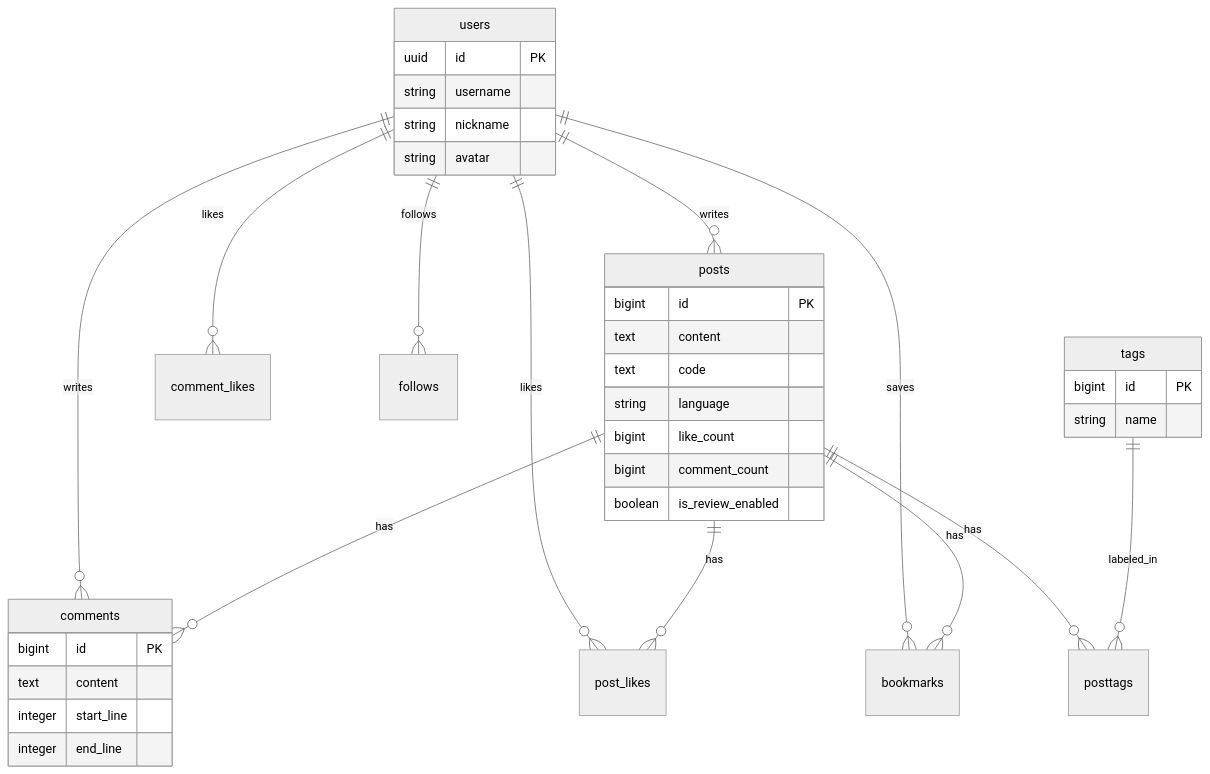
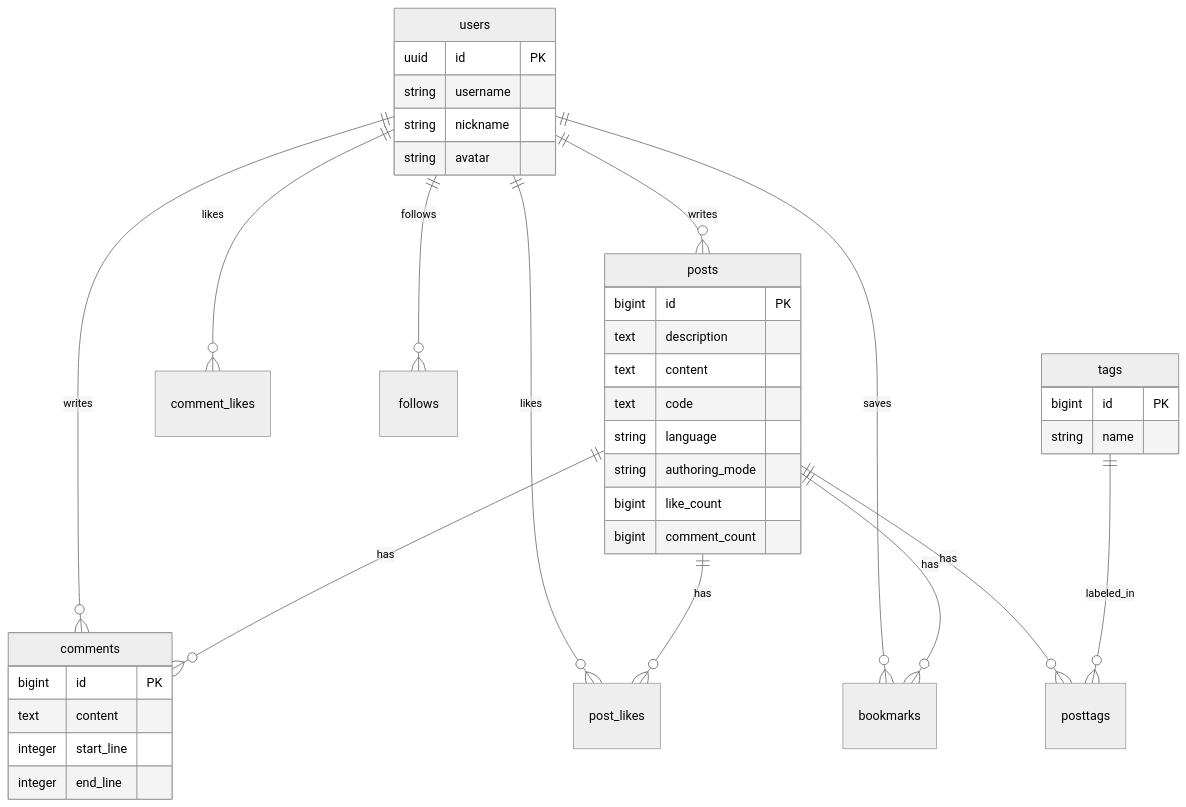
Before and after one commit to parkblo/codelog: the second of 2 diagrams in README.md, drawn with Mermaid (neutral theme). The commit also changed other lines of this file and 34 other files, not shown here.

````diff
--- a/README.md
+++ b/README.md
@@ -90,45 +90,46 @@
 ```mermaid
 erDiagram
     users ||--o{ posts : writes
     users ||--o{ comments : writes
     users ||--o{ post_likes : likes
     users ||--o{ comment_likes : likes
     users ||--o{ bookmarks : saves
     users ||--o{ follows : follows
 
     posts ||--o{ comments : has
     posts ||--o{ post_likes : has
     posts ||--o{ bookmarks : has
     posts ||--o{ posttags : has
 
     tags ||--o{ posttags : labeled_in
 
     users {
         uuid id PK
         string username
         string nickname
         string avatar
     }
 
     posts {
         bigint id PK
+        text description
         text content
         text code
         string language
+        string authoring_mode
         bigint like_count
         bigint comment_count
-        boolean is_review_enabled
     }
 
     comments {
         bigint id PK
         text content
         integer start_line
         integer end_line
     }
 
     tags {
         bigint id PK
         string name
     }
 ```
````
